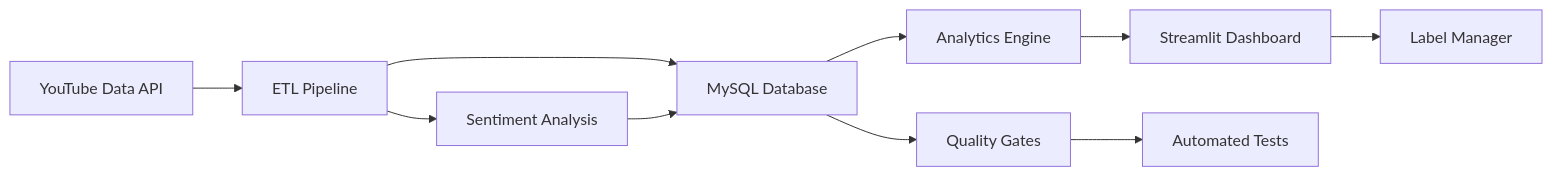
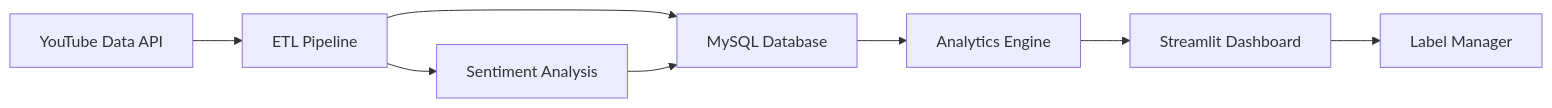
Before and after one commit to wmoore012/youtube-music-analytics: the diagram in README.md, drawn with Mermaid. The commit also changed other lines of this file and 7 other files, not shown here.

````diff
--- a/README.md
+++ b/README.md
@@ -101,14 +77,11 @@
 ```mermaid
 graph LR
     A[YouTube Data API] --> B[ETL Pipeline]
     B --> C[MySQL Database]
     C --> D[Analytics Engine]
     D --> E[Streamlit Dashboard]
     E --> F[Label Manager]
 
     B --> G[Sentiment Analysis]
     G --> C
-
-    C --> H[Quality Gates]
-    H --> I[Automated Tests]
 ```
````
